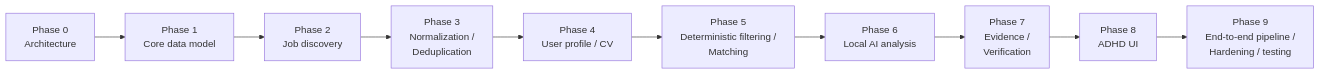
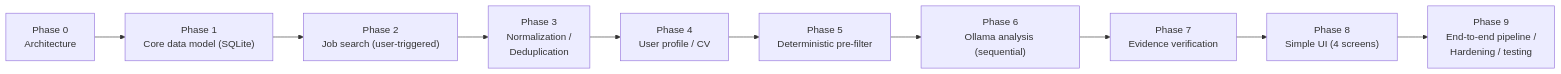
Before and after one commit to wassimrahoui/adhd-job-agent: the diagram in docs/11-mvp-and-roadmap.md, drawn with Mermaid. The commit also changed other lines of this file and 9 other files, not shown here.

Commit message:
docs: simplify MVP architecture (batch 2/2) - UI, database, API, testing, deployment, roadmap, ADRs, risks, model eval, dev process

````diff
--- a/docs/11-mvp-and-roadmap.md
+++ b/docs/11-mvp-and-roadmap.md
@@ -42,12 +48,12 @@
 ```mermaid
 flowchart LR
-    P0["Phase 0\nArchitecture"] --> P1["Phase 1\nCore data model"]
-    P1 --> P2["Phase 2\nJob discovery"]
+    P0["Phase 0\nArchitecture"] --> P1["Phase 1\nCore data model (SQLite)"]
+    P1 --> P2["Phase 2\nJob search (user-triggered)"]
     P2 --> P3["Phase 3\nNormalization /\nDeduplication"]
     P3 --> P4["Phase 4\nUser profile / CV"]
-    P4 --> P5["Phase 5\nDeterministic filtering /\nMatching"]
-    P5 --> P6["Phase 6\nLocal AI analysis"]
-    P6 --> P7["Phase 7\nEvidence /\nVerification"]
-    P7 --> P8["Phase 8\nADHD UI"]
+    P4 --> P5["Phase 5\nDeterministic pre-filter"]
+    P5 --> P6["Phase 6\nOllama analysis (sequential)"]
+    P6 --> P7["Phase 7\nEvidence verification"]
+    P7 --> P8["Phase 8\nSimple UI (4 screens)"]
     P8 --> P9["Phase 9\nEnd-to-end pipeline /\nHardening / testing"]
 ```
````
